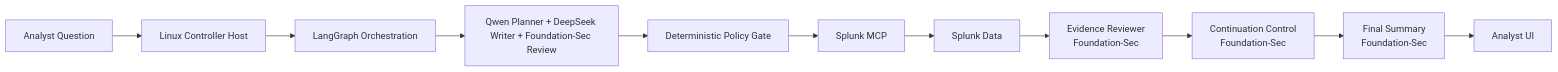
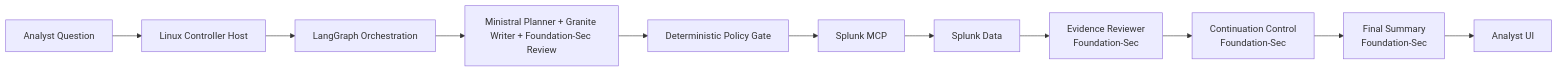
Before and after one commit to gosplunk/agtsmith: the first of 2 diagrams in docs/architecture/system_design.md, drawn with Mermaid. The commit also changed other lines of this file and 119 other files, not shown here.

````diff
--- a/docs/architecture/system_design.md
+++ b/docs/architecture/system_design.md
@@ -14,13 +14,13 @@
 ```mermaid
 flowchart LR
     A[Analyst Question] --> B[Linux Controller Host]
     B --> C[LangGraph Orchestration]
-    C --> D[Qwen Planner + DeepSeek Writer + Foundation-Sec Review]
+    C --> D[Ministral Planner + Granite Writer + Foundation-Sec Review]
     D --> E[Deterministic Policy Gate]
     E --> F[Splunk MCP]
     F --> G[Splunk Data]
     G --> H[Evidence Reviewer<br/>Foundation-Sec]
     H --> I[Continuation Control<br/>Foundation-Sec]
     I --> J[Final Summary<br/>Foundation-Sec]
     J --> K[Analyst UI]
 ```
````
